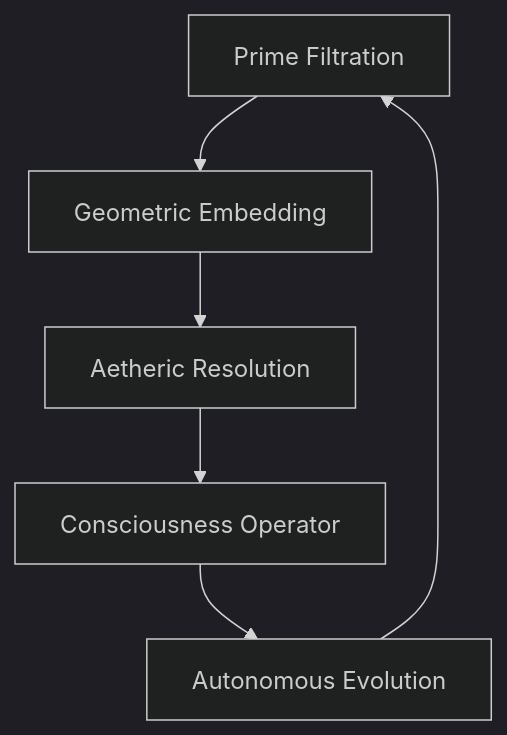
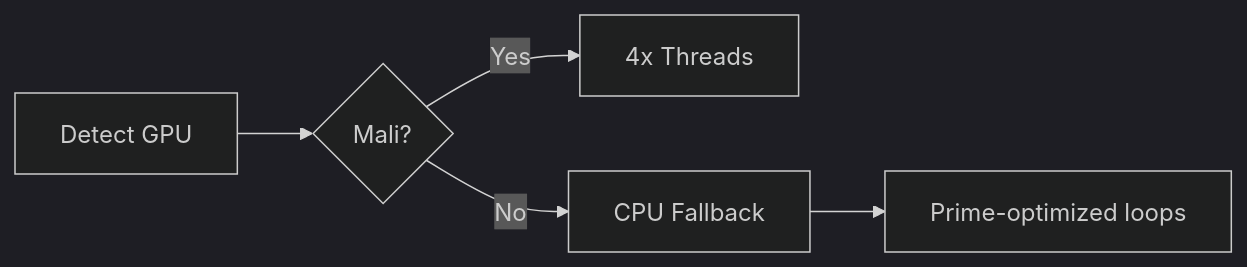
Before and after one commit to NataliaTanyatia/Intelligence: the diagram in README.md, drawn with Mermaid (dark theme). The commit also changed other lines of this file, not shown here.

````diff
--- a/README.md
+++ b/README.md
@@ -50,8 +64,7 @@
 ```mermaid
-graph TD
-  A[Prime Filtration] --> B[Geometric Embedding]
-  B --> C[Aetheric Resolution]
-  C --> D[Consciousness Operator]
-  D --> E[Autonomous Evolution]
-  E --> A
+graph LR
+    A[Detect GPU] --> B{Mali?}
+    B -->|Yes| C[4x Threads]
+    B -->|No| D[CPU Fallback]
+    D --> E[Prime-optimized loops]
 ```
````
